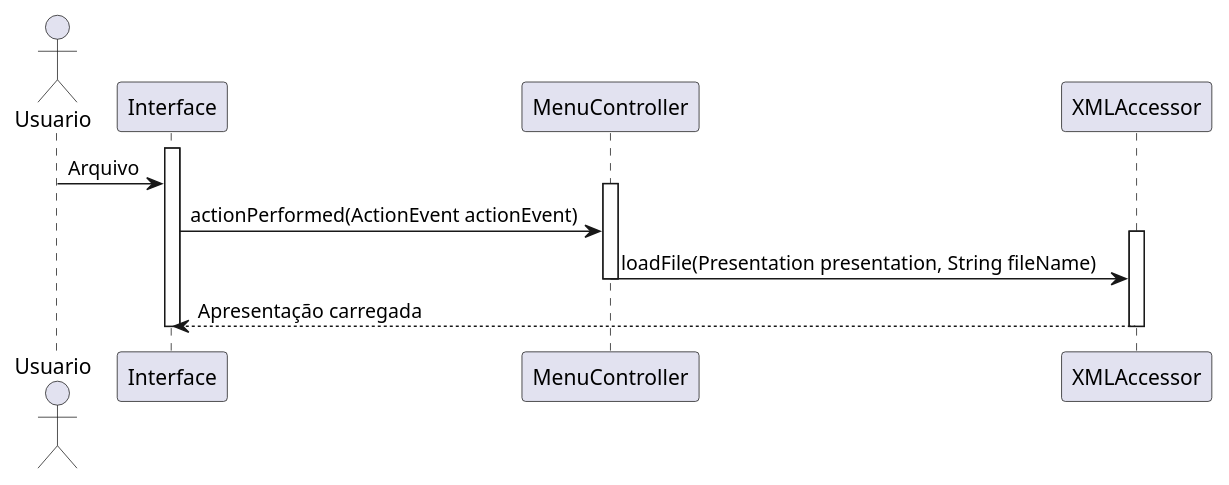
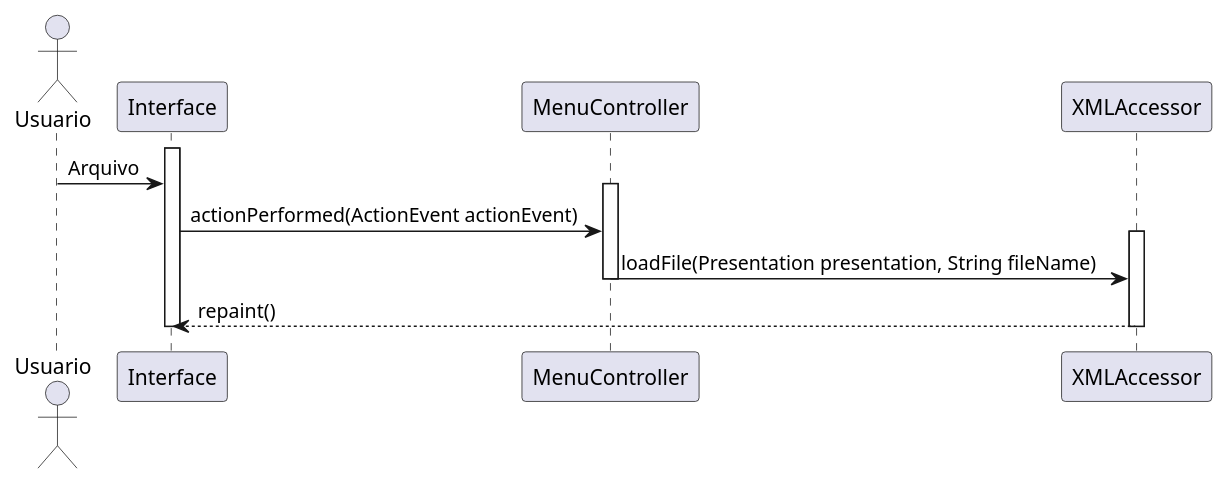
One commit to gabrielrtlima/diagramas-padroes-projeto changed the diagram in sequencias/abrirArquivo.puml. Above: the diagram before and after it, drawn with PlantUML. The commit also changed 3 other files, not shown here.

Commit message:
adicionando pular item e reformulando diagramas

```diff
--- a/sequencias/abrirArquivo.puml
+++ b/sequencias/abrirArquivo.puml
@@ -1,19 +1,19 @@
 @startuml
 
 Actor Usuario as Usuario
 
 Activate Interface
 Usuario -> Interface : Arquivo
 
 Activate MenuController
 Interface -> MenuController : actionPerformed(ActionEvent actionEvent)
 
 Activate XMLAccessor
 MenuController -> XMLAccessor : loadFile(Presentation presentation, String fileName)
 Deactivate MenuController
 
-XMLAccessor --> Interface : Apresentação carregada
+XMLAccessor --> Interface : repaint()
 Deactivate XMLAccessor
 Deactivate Interface
 
 @enduml
```
